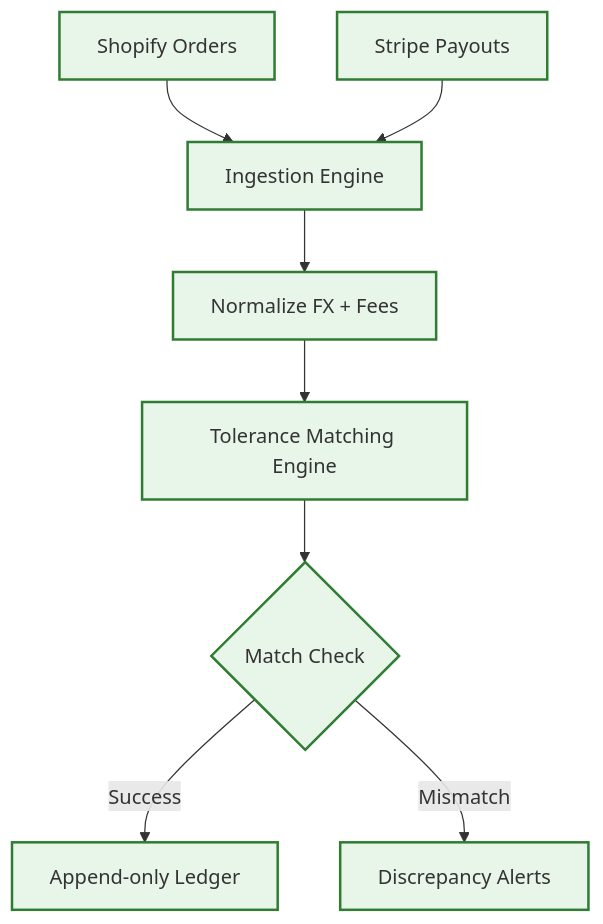
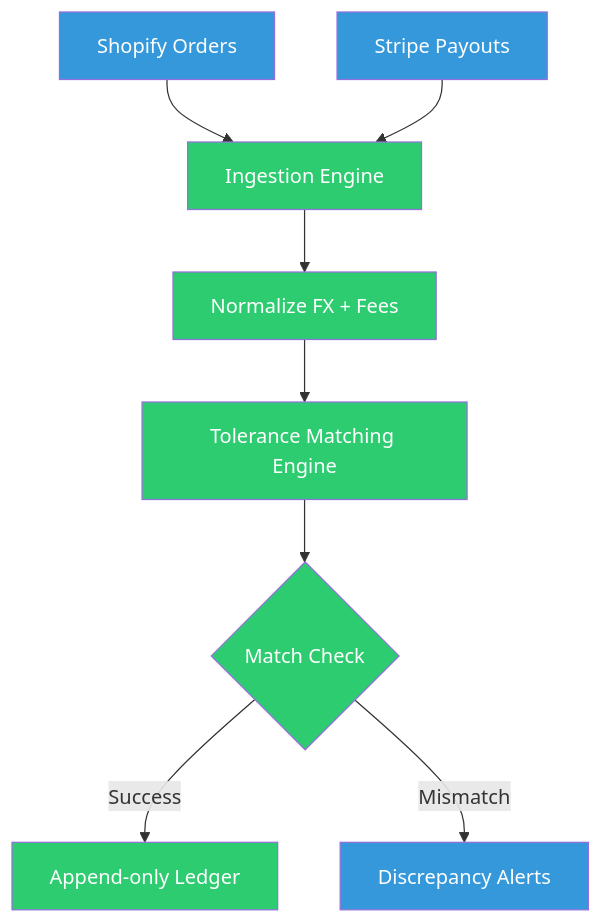
One commit to mdsadrhoman123-stack/paybridge changed the diagram in README.md. Above: the diagram before and after it, drawn with Mermaid. The commit also changed other lines of this file, not shown here.

````diff
--- a/README.md
+++ b/README.md
@@ -22,14 +63,15 @@
 ```mermaid
 flowchart TD
-    classDef green fill:#e8f5e9,stroke:#2e7d32,stroke-width:2px;
-    
-    A[Shopify Orders]:::green --> C[Ingestion Engine]:::green
-    B[Stripe Payouts]:::green --> C
+    classDef blue fill:#3498db,color:#fff
+    classDef green fill:#2ecc71,color:#fff
+
+    A[Shopify Orders]:::blue --> C[Ingestion Engine]:::green
+    B[Stripe Payouts]:::blue --> C:::green
     
     C --> D[Normalize FX + Fees]:::green
     D --> E[Tolerance Matching Engine]:::green
     
     E --> F{Match Check}:::green
     F -- Success --> G[Append-only Ledger]:::green
-    F -- Mismatch --> H[Discrepancy Alerts]:::green
+    F -- Mismatch --> H[Discrepancy Alerts]:::blue
 ```
````
